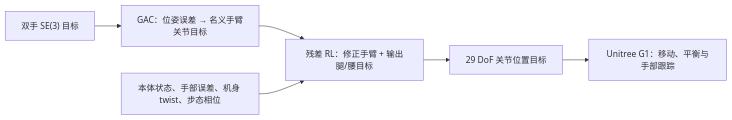
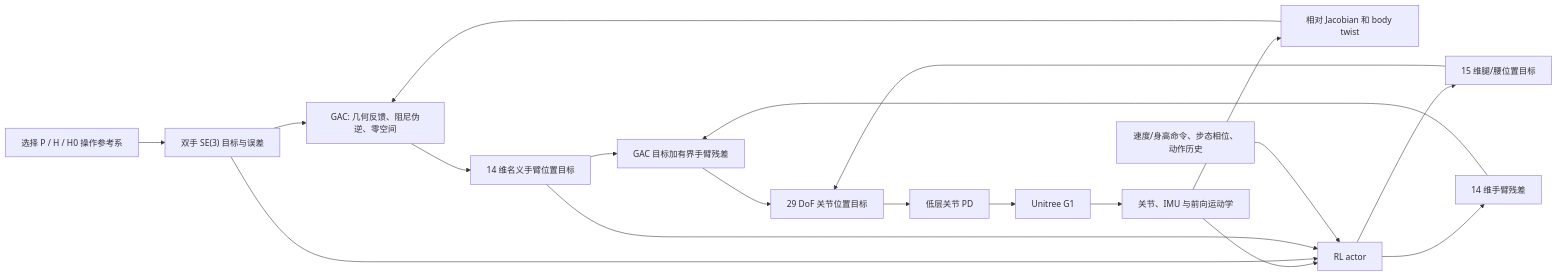
One commit to ImChong/Robotics_Notebooks changed the diagram in wiki/entities/paper-resgac-precise-se3-end-effector-tracking.md. Above: the diagram before and after it, drawn with Mermaid. The commit also changed other lines of this file, not shown here.

Commit message:
docs(resgac): bilingual full-read upgrade, signal-flow Mermaid and health scaffold

````diff
--- a/wiki/entities/paper-resgac-precise-se3-end-effector-tracking.md
+++ b/wiki/entities/paper-resgac-precise-se3-end-effector-tracking.md
@@ -39,8 +51,21 @@
 ```mermaid
 flowchart LR
-  target["双手 SE(3) 目标"] --> gac["GAC：位姿误差 → 名义手臂关节目标"]
-  gac --> residual["残差 RL：修正手臂 + 输出腿/腰目标"]
-  state["本体状态、手部误差、机身 twist、步态相位"] --> residual
-  residual --> joints["29 DoF 关节位置目标"]
-  joints --> robot["Unitree G1：移动、平衡与手部跟踪"]
+  frame["选择 P / H / H0 操作参考系"] --> target["双手 SE(3) 目标与误差"]
+  sensor["关节、IMU 与前向运动学"] --> jac["相对 Jacobian 和 body twist"]
+  jac --> gac["GAC: 几何反馈、阻尼伪逆、零空间"]
+  target --> gac
+  gac --> nominal["14 维名义手臂位置目标"]
+  nominal --> mixer["GAC 目标加有界手臂残差"]
+  sensor --> policy["RL actor"]
+  target --> policy
+  nominal --> policy
+  cmd["速度/身高命令、步态相位、动作历史"] --> policy
+  policy --> residual["14 维手臂残差"]
+  policy --> other["15 维腿/腰位置目标"]
+  residual --> mixer
+  mixer --> joint["29 DoF 关节位置目标"]
+  other --> joint
+  joint --> pd["低层关节 PD"]
+  pd --> robot["Unitree G1"]
+  robot --> sensor
 ```
````
